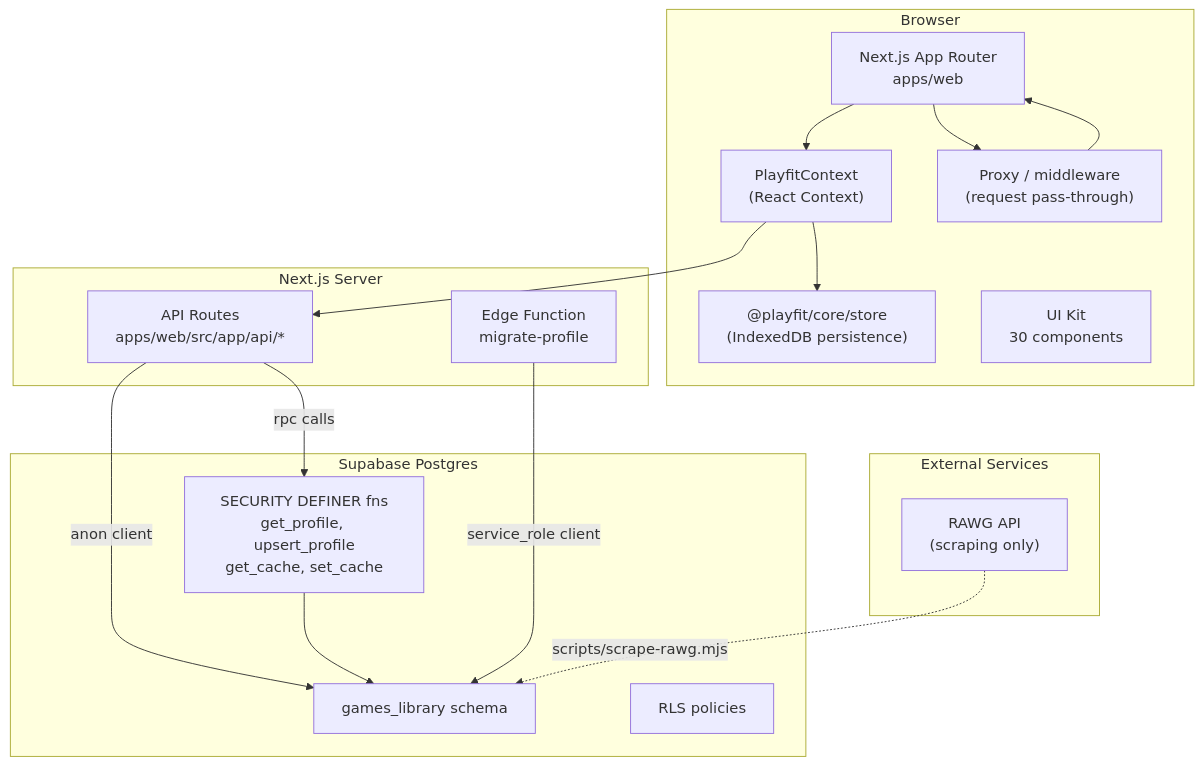
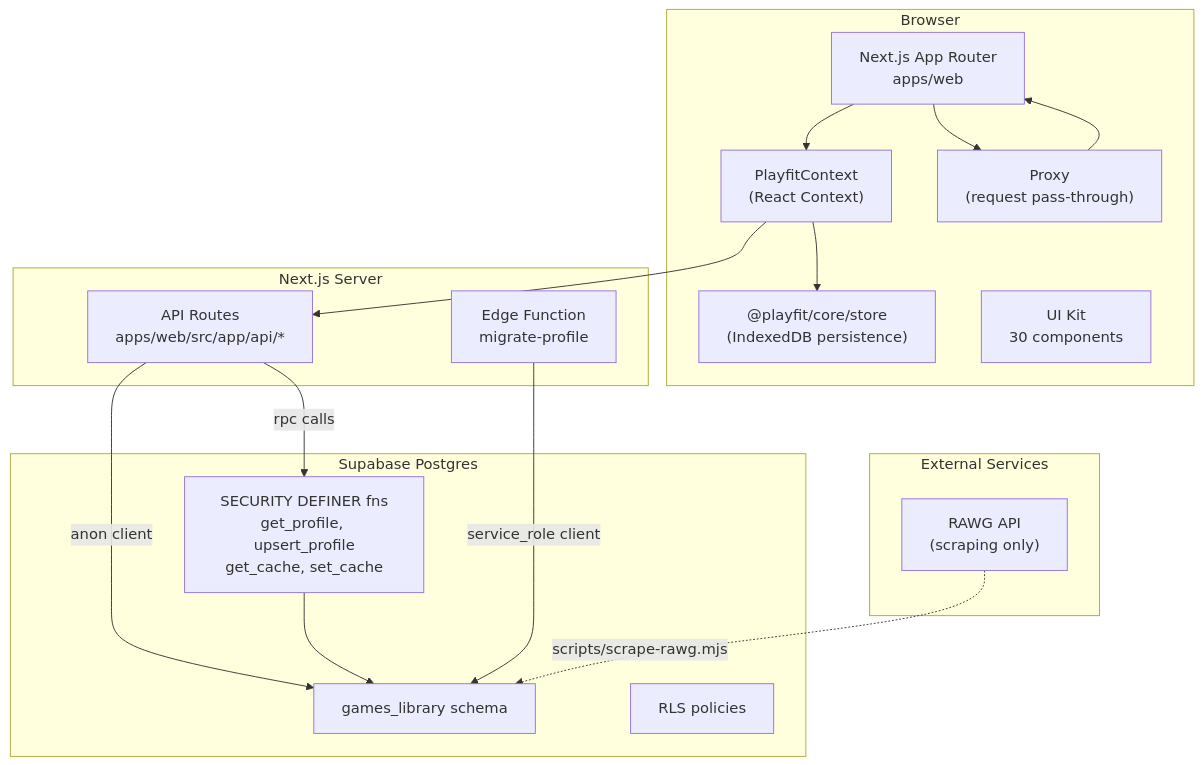
The first of 3 diagrams in docs/ARCHITECTURE.md (carloseav15/playfit), drawn with Mermaid before and after one commit. The commit also changed other lines of this file and 1 other file, not shown here.

Commit message:
Migrate Next middleware to proxy

````diff
--- a/docs/ARCHITECTURE.md
+++ b/docs/ARCHITECTURE.md
@@ -9,36 +9,36 @@
 ```mermaid
 graph TD
     subgraph Client["Browser"]
         A["Next.js App Router<br/>apps/web"]
         B["PlayfitContext<br/>(React Context)"]
         C["@playfit/core/store<br/>(IndexedDB persistence)"]
         D["UI Kit<br/>30 components"]
-        E["Proxy / middleware<br/>(request pass-through)"]
+        E["Proxy<br/>(request pass-through)"]
     end
 
     subgraph Server["Next.js Server"]
         F["API Routes<br/>apps/web/src/app/api/*"]
         G["Edge Function<br/>migrate-profile"]
     end
 
     subgraph Database["Supabase Postgres"]
         H["games_library schema"]
         I["SECURITY DEFINER fns<br/>get_profile, upsert_profile<br/>get_cache, set_cache"]
         J["RLS policies"]
     end
 
     subgraph External["External Services"]
         K["RAWG API<br/>(scraping only)"]
     end
 
     A --> E
     E --> A
     A --> B
     B --> C
     B --> F
     F -->|anon client| H
     F -->|rpc calls| I
     I --> H
     G -->|service_role client| H
     K -.->|scripts/scrape-rawg.mjs| H
 ```
````
